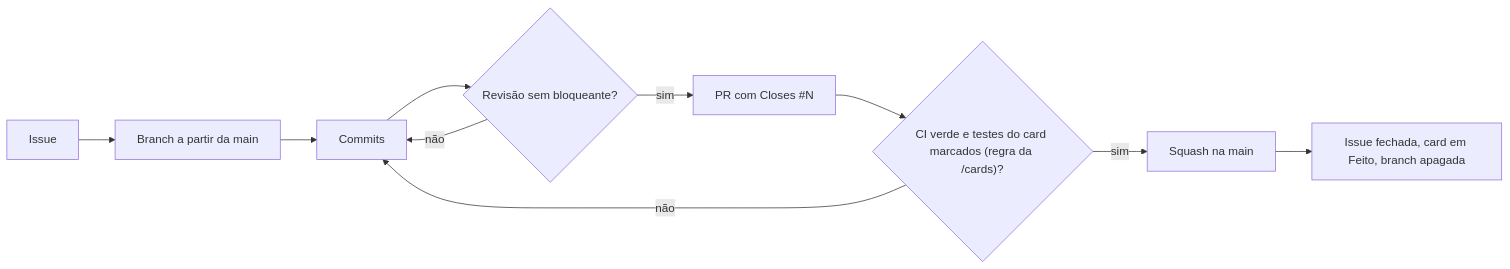
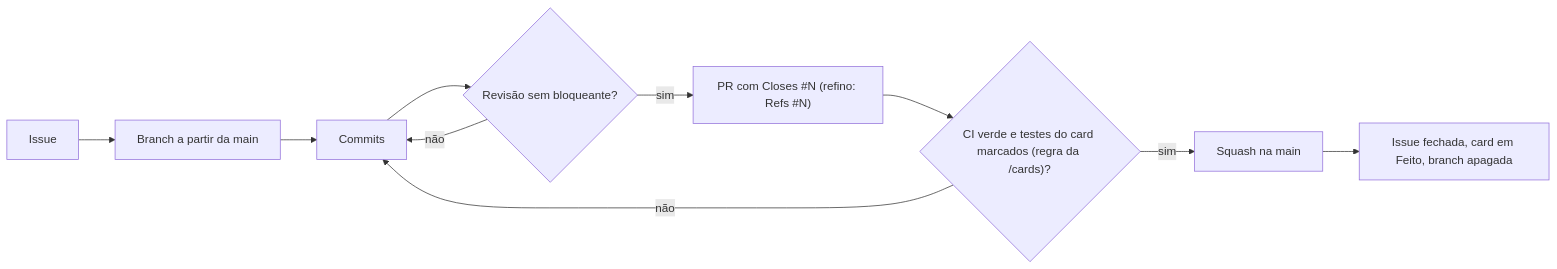
The diagram in docs/conventions.md (betoth/cantina), drawn with Mermaid before and after one commit. The commit also changed other lines of this file and 36 other files, not shown here.

Commit message:
feat(harness): lean flow with refine grilling, task and retro skills (#18) (#19)

````diff
--- a/docs/conventions.md
+++ b/docs/conventions.md
@@ -26,12 +26,12 @@
 ```mermaid
 flowchart LR
     A[Issue] --> B[Branch a partir da main]
     B --> C[Commits]
     C --> R{Revisão sem bloqueante?}
     R -- não --> C
-    R -- sim --> D[PR com Closes #N]
+    R -- sim --> D["PR com Closes #N (refino: Refs #N)"]
     D --> E{"CI verde e testes do card marcados (regra da /cards)?"}
     E -- não --> C
     E -- sim --> F[Squash na main]
     F --> G[Issue fechada, card em Feito, branch apagada]
 ```
````
